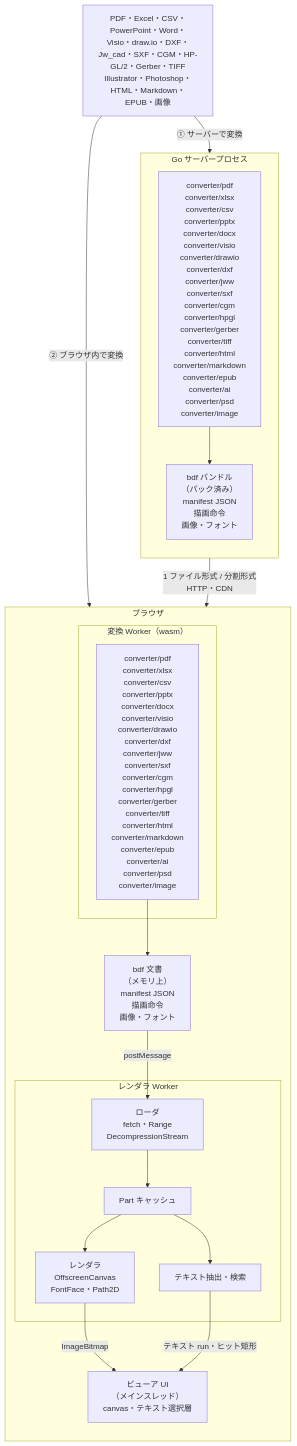
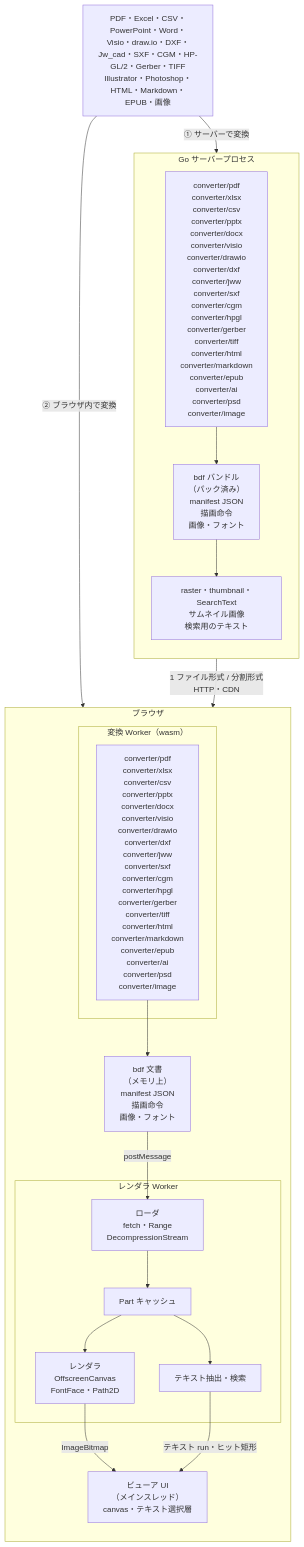
The diagram in README.ja.md (shibukawa/bdf), drawn with Mermaid before and after one commit. The commit also changed other lines of this file and 102 other files, not shown here.

First line of the commit message:
Server-side thumbnails and search text: a pure-Go rasterizer that draws pages as the viewer does (#35)

````diff
--- a/README.ja.md
+++ b/README.ja.md
@@ -20,37 +20,39 @@
 ```mermaid
 flowchart TB
     SRC["PDF・Excel・CSV・PowerPoint・Word・Visio・draw.io・DXF・Jw_cad・SXF・CGM・HP-GL/2・Gerber・TIFF<br/>Illustrator・Photoshop・HTML・Markdown・EPUB・画像"]
 
     subgraph SERVER["Go サーバープロセス"]
         direction TB
         SCONV["converter/pdf<br/>converter/xlsx<br/>converter/csv<br/>converter/pptx<br/>converter/docx<br/>converter/visio<br/>converter/drawio<br/>converter/dxf<br/>converter/jww<br/>converter/sxf<br/>converter/cgm<br/>converter/hpgl<br/>converter/gerber<br/>converter/tiff<br/>converter/html<br/>converter/markdown<br/>converter/epub<br/>converter/ai<br/>converter/psd<br/>converter/image"]
         BUNDLE["bdf バンドル<br/>（パック済み）<br/>manifest JSON<br/>描画命令<br/>画像・フォント"]
+        PREVIEW["raster・thumbnail・SearchText<br/>サムネイル画像<br/>検索用のテキスト"]
         SCONV --> BUNDLE
+        BUNDLE --> PREVIEW
     end
 
     subgraph BROWSER["ブラウザ"]
         direction TB
         subgraph CWORKER["変換 Worker（wasm）"]
             WCONV["converter/pdf<br/>converter/xlsx<br/>converter/csv<br/>converter/pptx<br/>converter/docx<br/>converter/visio<br/>converter/drawio<br/>converter/dxf<br/>converter/jww<br/>converter/sxf<br/>converter/cgm<br/>converter/hpgl<br/>converter/gerber<br/>converter/tiff<br/>converter/html<br/>converter/markdown<br/>converter/epub<br/>converter/ai<br/>converter/psd<br/>converter/image"]
         end
         PARTS["bdf 文書<br/>（メモリ上）<br/>manifest JSON<br/>描画命令<br/>画像・フォント"]
         subgraph RWORKER["レンダラ Worker"]
             LOADER["ローダ<br/>fetch・Range<br/>DecompressionStream"]
             STORE["Part キャッシュ"]
             RENDER["レンダラ<br/>OffscreenCanvas<br/>FontFace・Path2D"]
             TEXT["テキスト抽出・検索"]
             LOADER --> STORE
             STORE --> RENDER
             STORE --> TEXT
         end
         UI["ビューア UI<br/>（メインスレッド）<br/>canvas・テキスト選択層"]
         WCONV --> PARTS
     end
 
     SRC -- "① サーバーで変換" --> SCONV
     SRC -- "② ブラウザ内で変換" --> WCONV
     BUNDLE -- "1 ファイル形式 / 分割形式<br/>HTTP・CDN" --> LOADER
     PARTS -- "postMessage" --> LOADER
     RENDER -- "ImageBitmap" --> UI
     TEXT -- "テキスト run・ヒット矩形" --> UI
 ```
````
